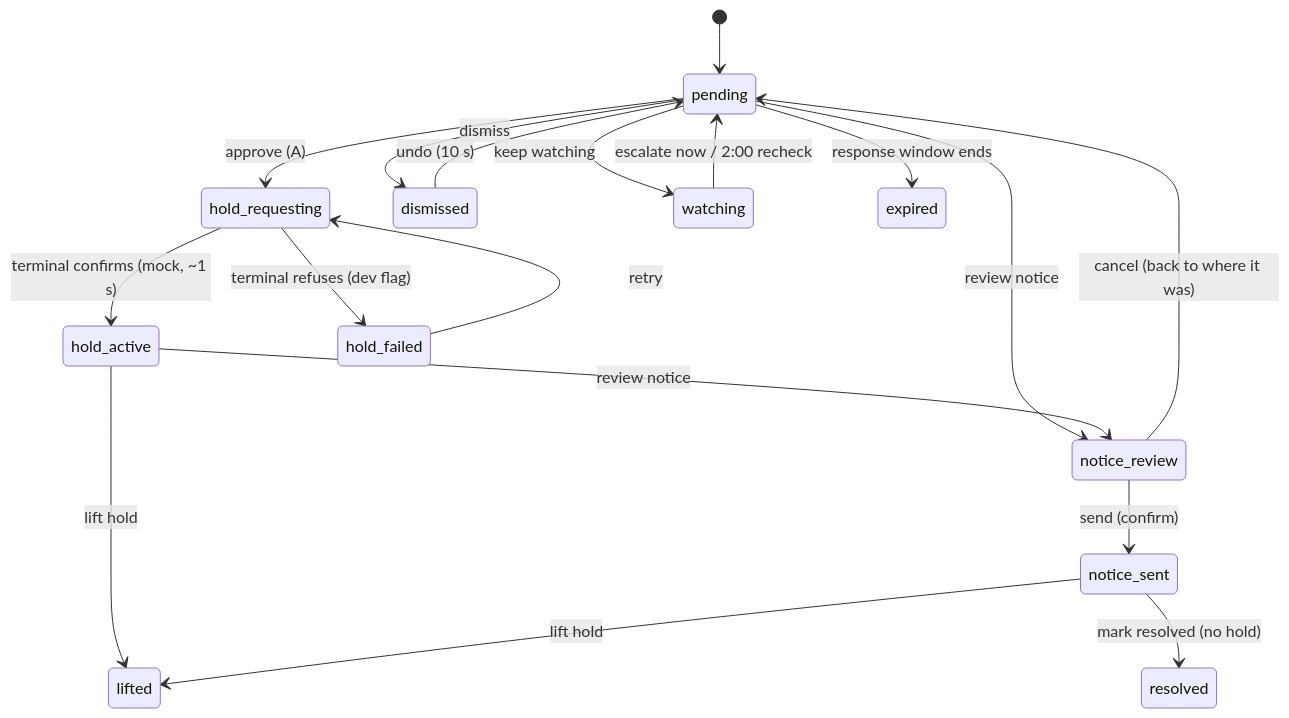
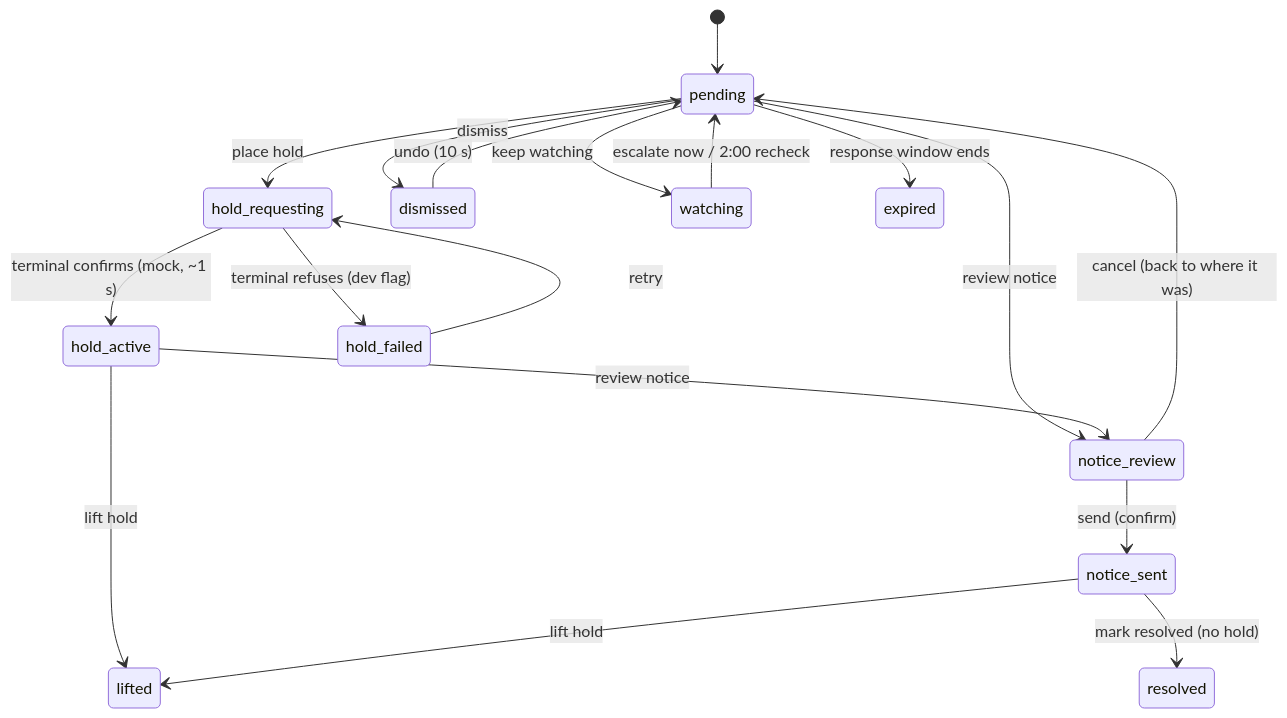
The third of 3 diagrams in README.md (kaushik-lankoji/quietwater), drawn with Mermaid before and after one commit. The commit also changed other lines of this file and 2 other files, not shown here.

Commit message:
Make Manage activity a plain button with no keybind

````diff
--- a/README.md
+++ b/README.md
@@ -182,20 +182,20 @@
 ```mermaid
 stateDiagram-v2
   [*] --> pending
-  pending --> hold_requesting: approve (A)
+  pending --> hold_requesting: place hold
   hold_requesting --> hold_active: terminal confirms (mock, ~1 s)
   hold_requesting --> hold_failed: terminal refuses (dev flag)
   hold_failed --> hold_requesting: retry
   pending --> notice_review: review notice
   hold_active --> notice_review: review notice
   notice_review --> notice_sent: send (confirm)
   notice_review --> pending: cancel (back to where it was)
   hold_active --> lifted: lift hold
   notice_sent --> lifted: lift hold
   notice_sent --> resolved: mark resolved (no hold)
   pending --> dismissed: dismiss
   dismissed --> pending: undo (10 s)
   pending --> watching: keep watching
   watching --> pending: escalate now / 2:00 recheck
   pending --> expired: response window ends
 ```
````
